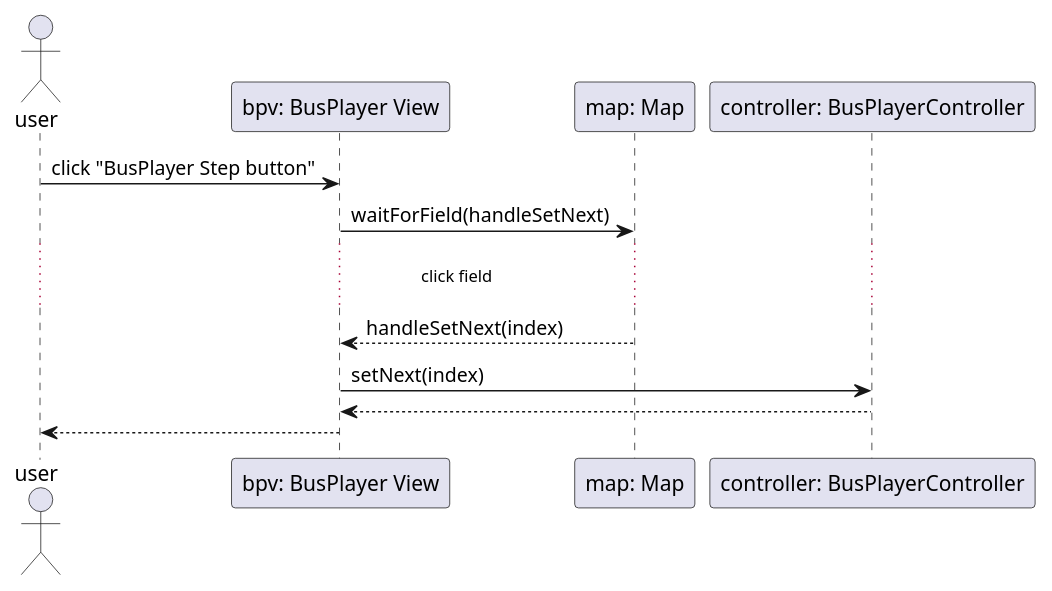
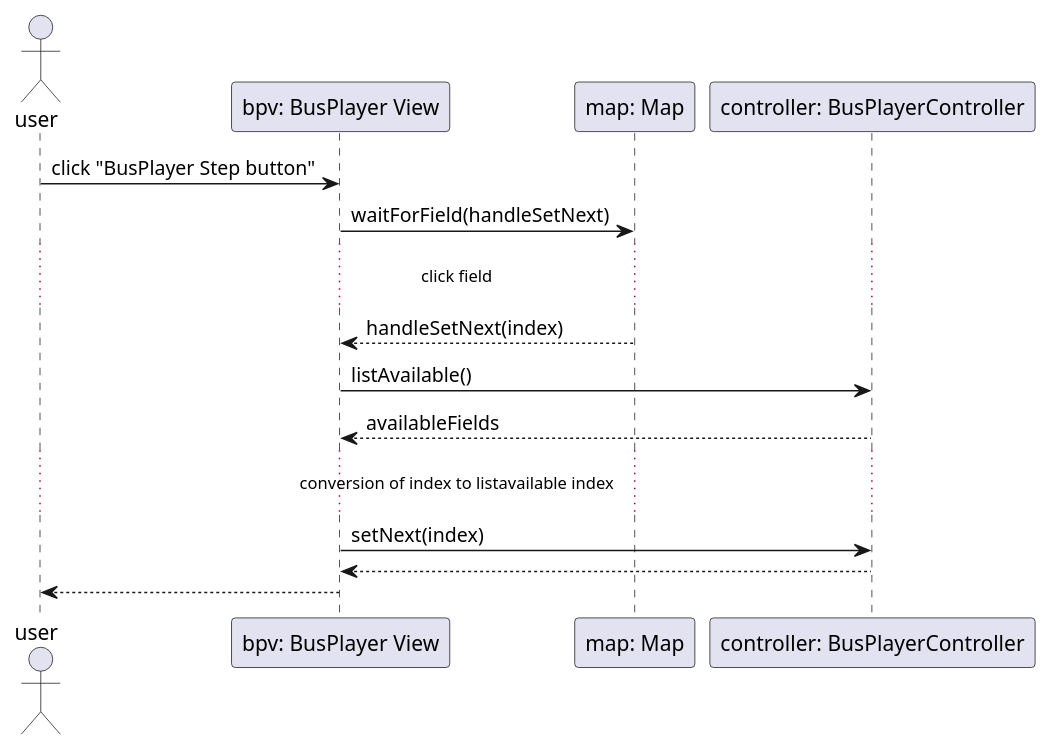
The diagram in docs/graphics/sequence/busplayer/stepbusplayer.plantuml (uhrinandor/spring), drawn with PlantUML before and after one commit. The commit also changed 7 other files, not shown here.

```diff
--- a/docs/graphics/sequence/busplayer/stepbusplayer.plantuml
+++ b/docs/graphics/sequence/busplayer/stepbusplayer.plantuml
@@ -1,20 +1,23 @@
 @startuml
 
 actor "user" as user
 participant "bpv: BusPlayer View" as sppv
 participant "map: Map" as map
 participant "controller: BusPlayerController" as controller
 
 
 user -> sppv: click "BusPlayer Step button"
 sppv -> map: waitForField(handleSetNext)
    ... click field ...
 map --> sppv: handleSetNext(index)
+sppv -> controller: listAvailable()
+controller --> sppv: availableFields
+... conversion of index to listavailable index ...
 sppv -> controller: setNext(index)
 
 controller --> sppv:
 
 sppv --> user:
 
 
 @enduml
```
